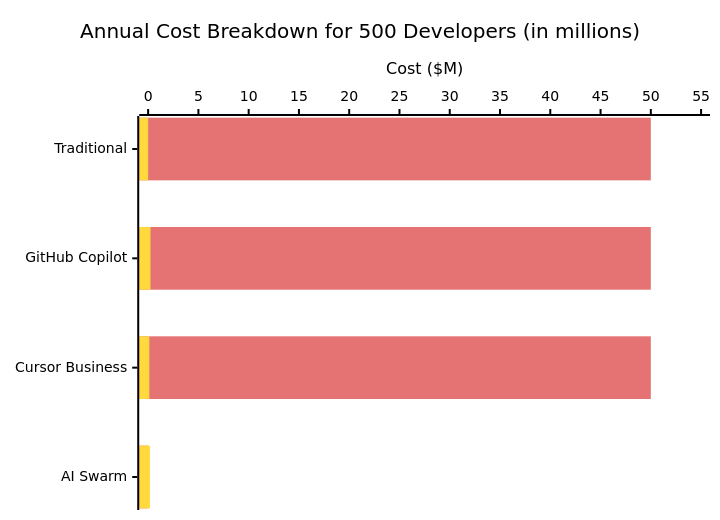
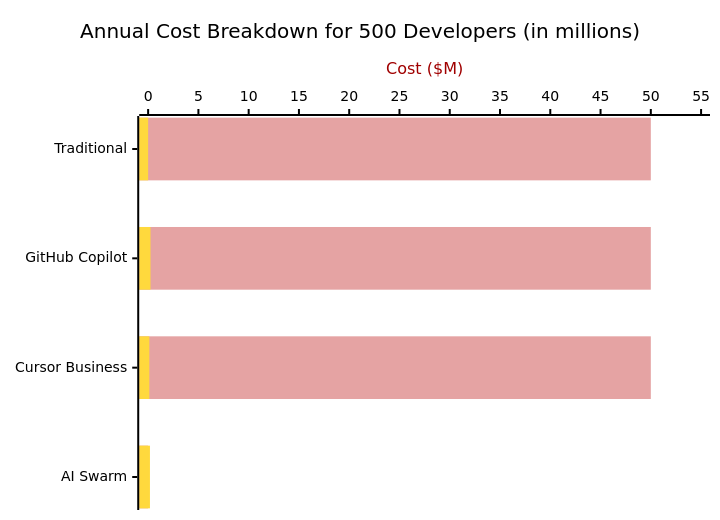
The third of 9 diagrams in business-documents/market-analysis/06-pricing-analysis.md (o2alexanderfedin/AI-Hive-Business-Docs), drawn with Mermaid before and after one commit. The commit also changed other lines of this file, not shown here.

Commit message:
Add note about AI Swarm green highlighting in xychart
- Added explanatory note about AI Swarm being highlighted with green emoji in comparison table
- Clarified that xychart limitations prevent individual label colors
- References the existing green emoji (🟢) in the Enterprise AI Platform Pricing table

🤖 Generated with [Claude Code](https://claude.ai/code)

````diff
--- a/business-documents/market-analysis/06-pricing-analysis.md
+++ b/business-documents/market-analysis/06-pricing-analysis.md
@@ -167,26 +167,26 @@
 ```mermaid
 ---
 config:
   themeVariables:
     xyChart:
       backgroundColor: transparent
-      plotColorPalette: "#E57373, #FFD93D, #6BCF7F"
-      plotBorderColor: "#D32F2F, #E6C230, #4CAF50"
+      plotColorPalette: "#E5A3A3, #FFD93D, #6BCF7F"
+      plotBorderColor: "#000000, #E6C230, #4CAF50"
       plotBorderWidth: 2
       titleColor: "#000000"
       xAxisLabelColor: "#000000"
       xAxisTitleColor: "#000000"
       xAxisTickColor: "#000000"
       xAxisLineColor: "#000000"
       yAxisLabelColor: "#000000"
-      yAxisTitleColor: "#000000"
+      yAxisTitleColor: "#A00000"
       yAxisTickColor: "#000000"
       yAxisLineColor: "#000000"
 ---
 xychart-beta horizontal
     title "Annual Cost Breakdown for 500 Developers (in millions)"
     x-axis ["Traditional", "GitHub Copilot", "Cursor Business", "AI Swarm"]
     y-axis "Cost ($M)" 0 --> 55
     bar "Developer Costs" [50.00, 50.00, 50.00, 0]
     bar "Tool/Platform Costs" [0, 0.234, 0.12, 0.18]
 ```
````
